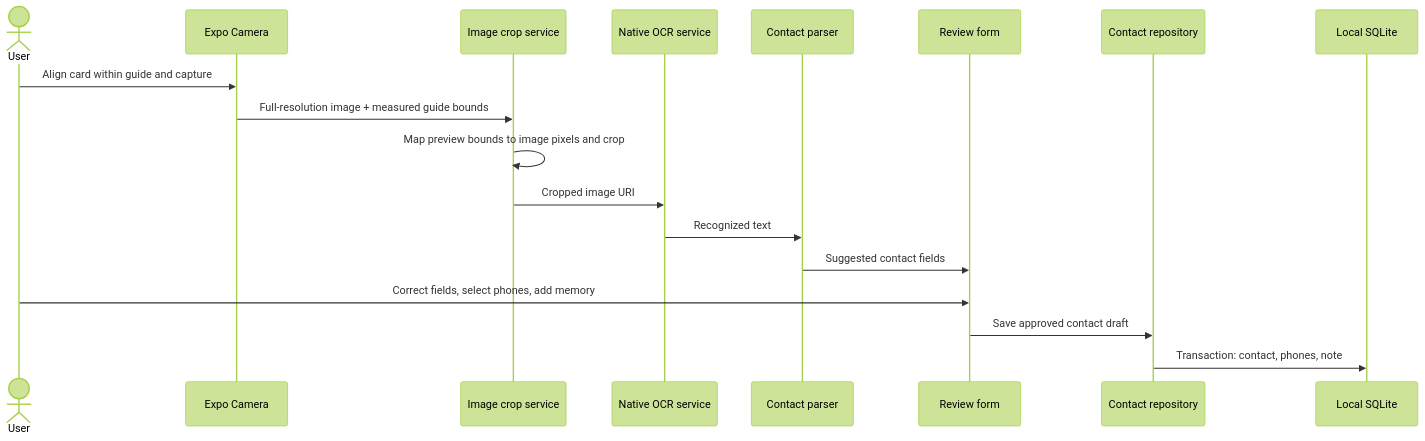
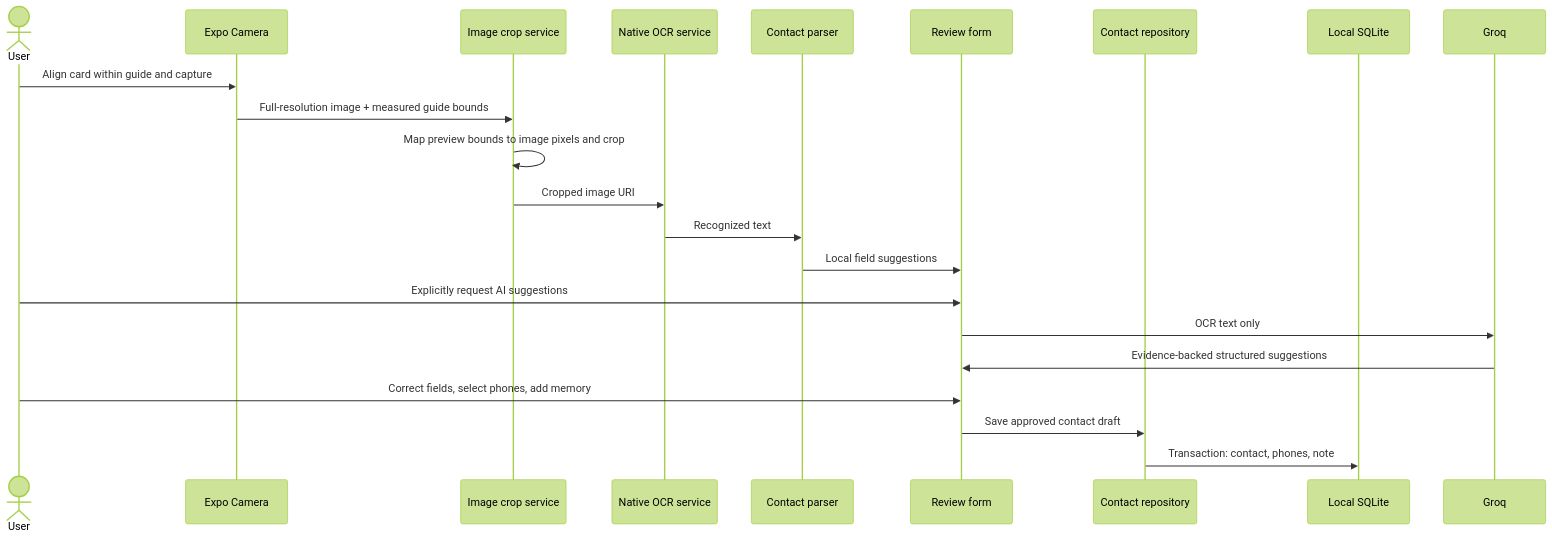
One commit to Aryan246cs/contactory changed the second of 3 diagrams in PROJECT_ARCHITECTURE.md. Above: the diagram before and after it, drawn with Mermaid (forest theme). The commit also changed other lines of this file and 12 other files, not shown here.

````diff
--- a/PROJECT_ARCHITECTURE.md
+++ b/PROJECT_ARCHITECTURE.md
@@ -47,20 +49,23 @@
 ```mermaid
 sequenceDiagram
   actor User
   participant Camera as Expo Camera
   participant Crop as Image crop service
   participant OCR as Native OCR service
   participant Parser as Contact parser
   participant Review as Review form
   participant Repo as Contact repository
   participant DB as Local SQLite
   User->>Camera: Align card within guide and capture
   Camera->>Crop: Full-resolution image + measured guide bounds
   Crop->>Crop: Map preview bounds to image pixels and crop
   Crop->>OCR: Cropped image URI
   OCR->>Parser: Recognized text
-  Parser->>Review: Suggested contact fields
+  Parser->>Review: Local field suggestions
+  User->>Review: Explicitly request AI suggestions
+  Review->>Groq: OCR text only
+  Groq->>Review: Evidence-backed structured suggestions
   User->>Review: Correct fields, select phones, add memory
   Review->>Repo: Save approved contact draft
   Repo->>DB: Transaction: contact, phones, note
 ```
````
